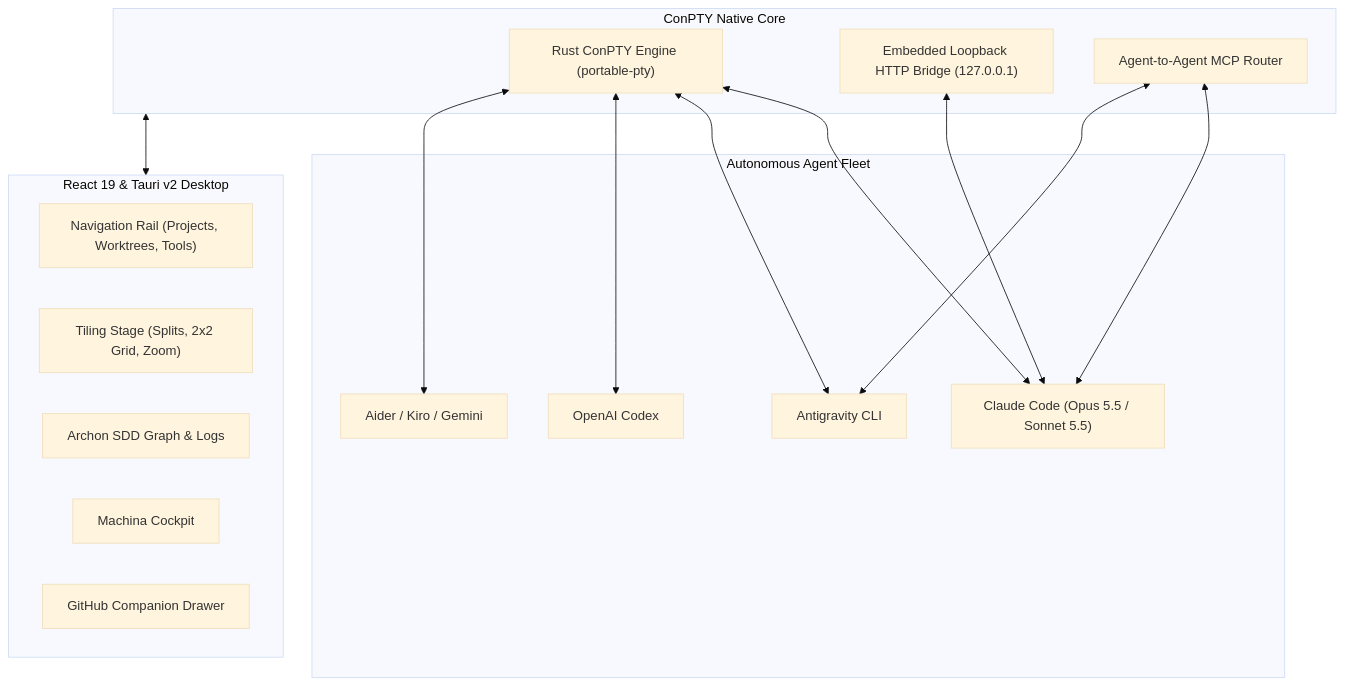
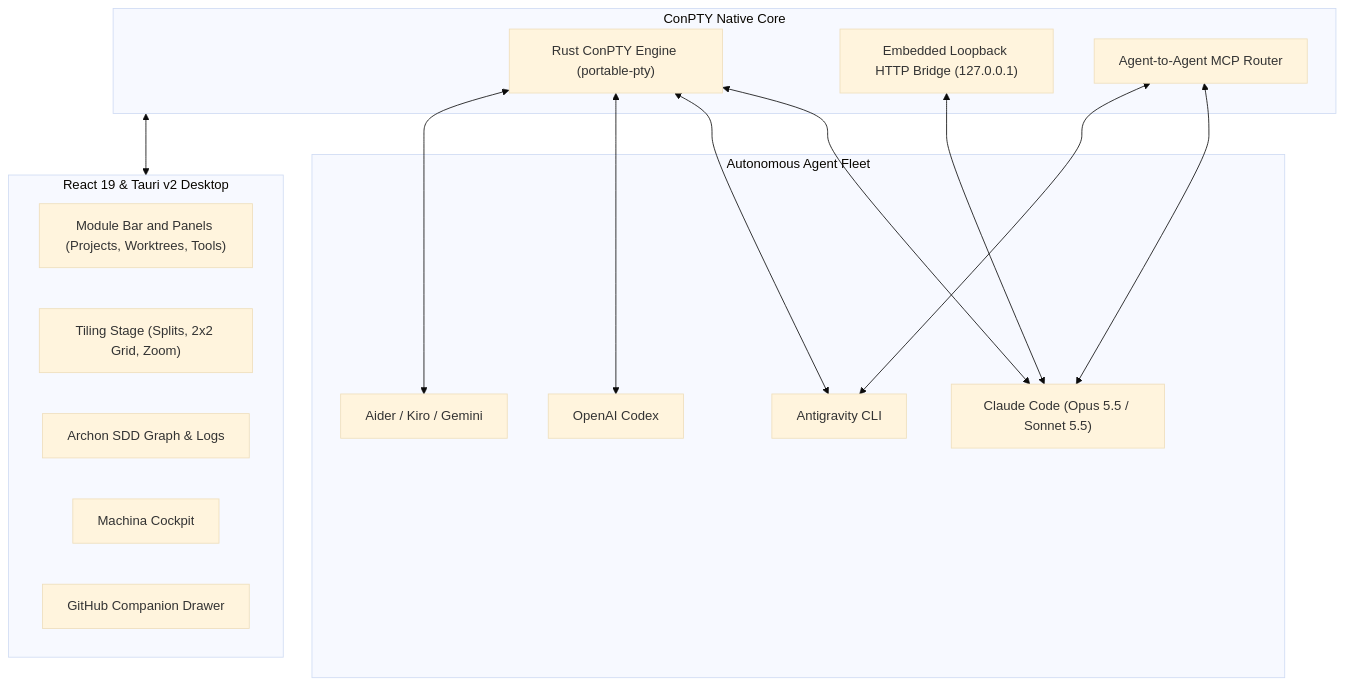
Before and after one commit to seanrobertwright/Quay-2: the diagram in docs/guide/what-is-quay.md, drawn with Mermaid (base theme). The commit also changed 47 other files, not shown here.

First line of the commit message:
feat(shell): module bar and folding panel replace the rail (#632)

````diff
--- a/docs/guide/what-is-quay.md
+++ b/docs/guide/what-is-quay.md
@@ -30,34 +30,34 @@
 ```mermaid
 flowchart TD
     subgraph CoreEngine["ConPTY Native Core"]
         PTY["Rust ConPTY Engine (portable-pty)"]
         Bridge["Embedded Loopback HTTP Bridge (127.0.0.1)"]
         A2A["Agent-to-Agent MCP Router"]
     end
 
     subgraph Agents["Autonomous Agent Fleet"]
         Claude["Claude Code (Opus 5.5 / Sonnet 5.5)"]
         Antigravity["Antigravity CLI"]
         Codex["OpenAI Codex"]
         Aider["Aider / Kiro / Gemini"]
     end
 
     subgraph DesktopUI["React 19 & Tauri v2 Desktop"]
-        Rail["Navigation Rail (Projects, Worktrees, Tools)"]
+        Rail["Module Bar and Panels (Projects, Worktrees, Tools)"]
         Stage["Tiling Stage (Splits, 2x2 Grid, Zoom)"]
         ArchonModal["Archon SDD Graph & Logs"]
         MachinaModal["Machina Cockpit"]
         GithubDrawer["GitHub Companion Drawer"]
     end
 
     PTY <--> Claude
     PTY <--> Antigravity
     PTY <--> Codex
     PTY <--> Aider
 
     Bridge <--> Claude
     A2A <--> Claude
     A2A <--> Antigravity
 
     CoreEngine <--> DesktopUI
 ```
````
